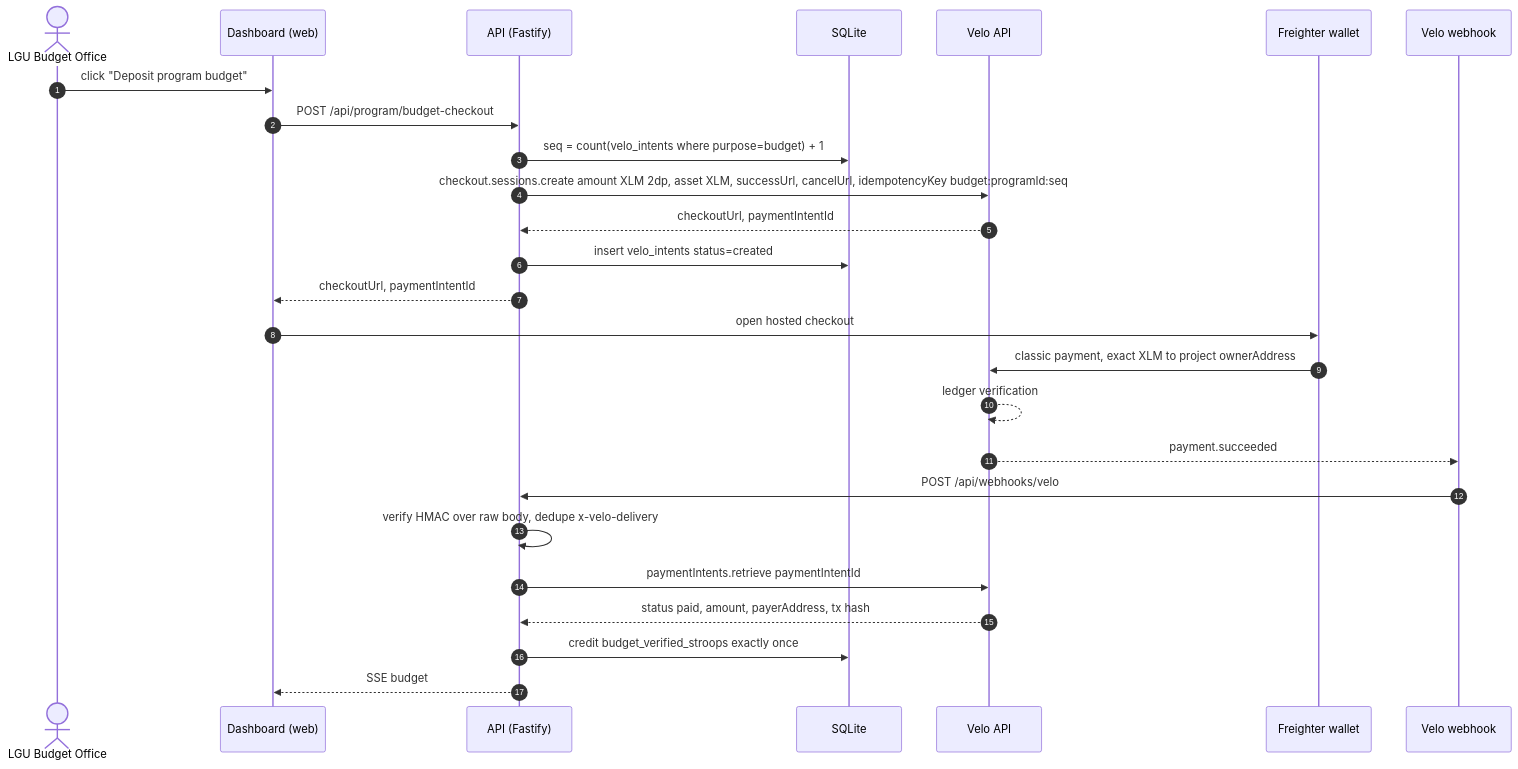
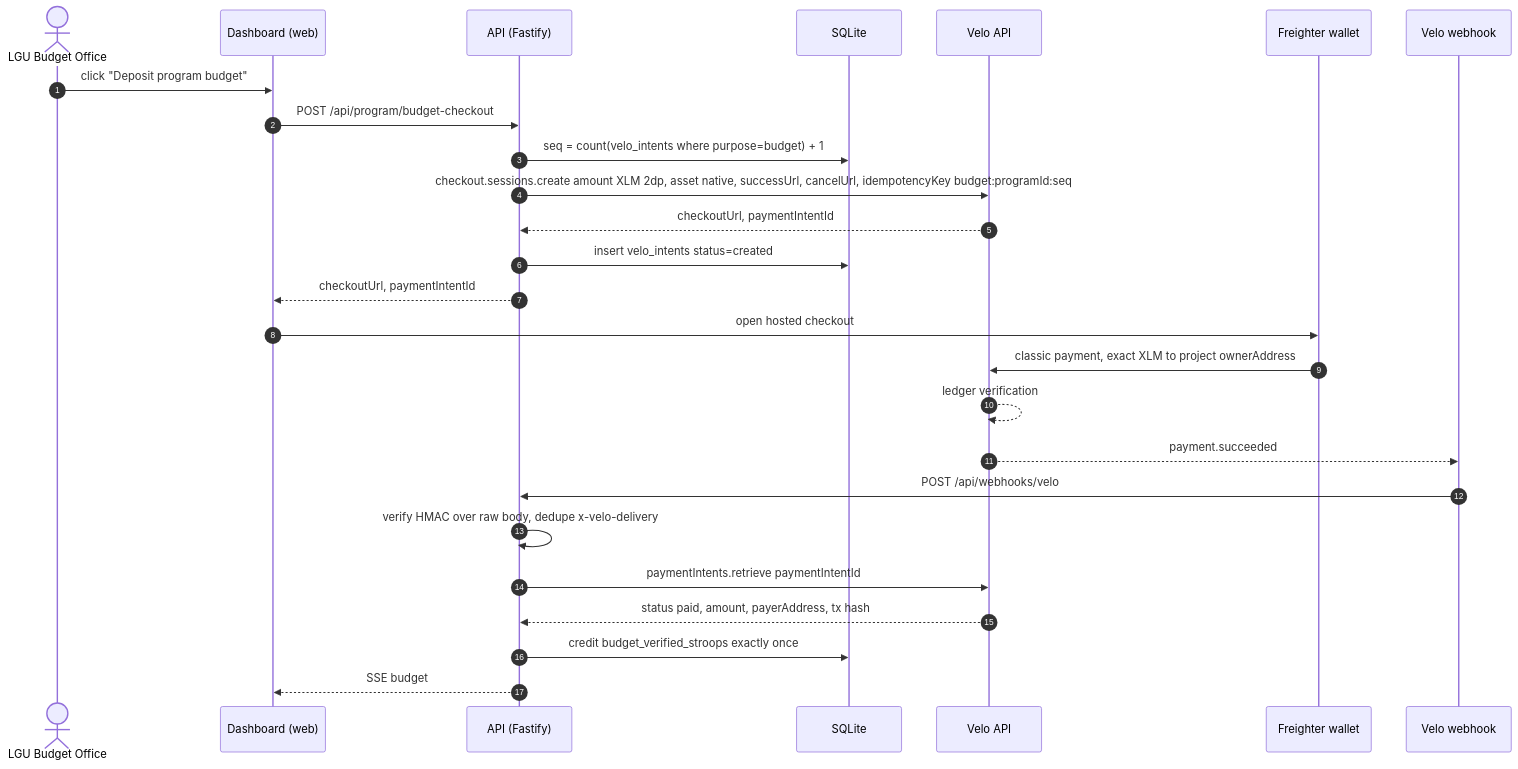
Before and after one commit to Jimuelle07/TAPat: the second of 7 diagrams in docs/system-design.md, drawn with Mermaid. The commit also changed other lines of this file and 17 other files, not shown here.

````diff
--- a/docs/system-design.md
+++ b/docs/system-design.md
@@ -248,29 +248,29 @@
 ```mermaid
 sequenceDiagram
     autonumber
     actor LGU as LGU Budget Office
     participant UI as Dashboard (web)
     participant API as API (Fastify)
     participant DB as SQLite
     participant V as Velo API
     participant BC as Freighter wallet
     participant VW as Velo webhook
 
     LGU->>UI: click "Deposit program budget"
     UI->>API: POST /api/program/budget-checkout
     API->>DB: seq = count(velo_intents where purpose=budget) + 1
-    API->>V: checkout.sessions.create amount XLM 2dp, asset XLM, successUrl, cancelUrl, idempotencyKey budget:programId:seq
+    API->>V: checkout.sessions.create amount XLM 2dp, asset native, successUrl, cancelUrl, idempotencyKey budget:programId:seq
     V-->>API: checkoutUrl, paymentIntentId
     API->>DB: insert velo_intents status=created
     API-->>UI: checkoutUrl, paymentIntentId
     UI->>BC: open hosted checkout
     BC->>V: classic payment, exact XLM to project ownerAddress
     V-->>V: ledger verification
     V-->>VW: payment.succeeded
     VW->>API: POST /api/webhooks/velo
     API->>API: verify HMAC over raw body, dedupe x-velo-delivery
     API->>V: paymentIntents.retrieve paymentIntentId
     V-->>API: status paid, amount, payerAddress, tx hash
     API->>DB: credit budget_verified_stroops exactly once
     API-->>UI: SSE budget
 ```
````
